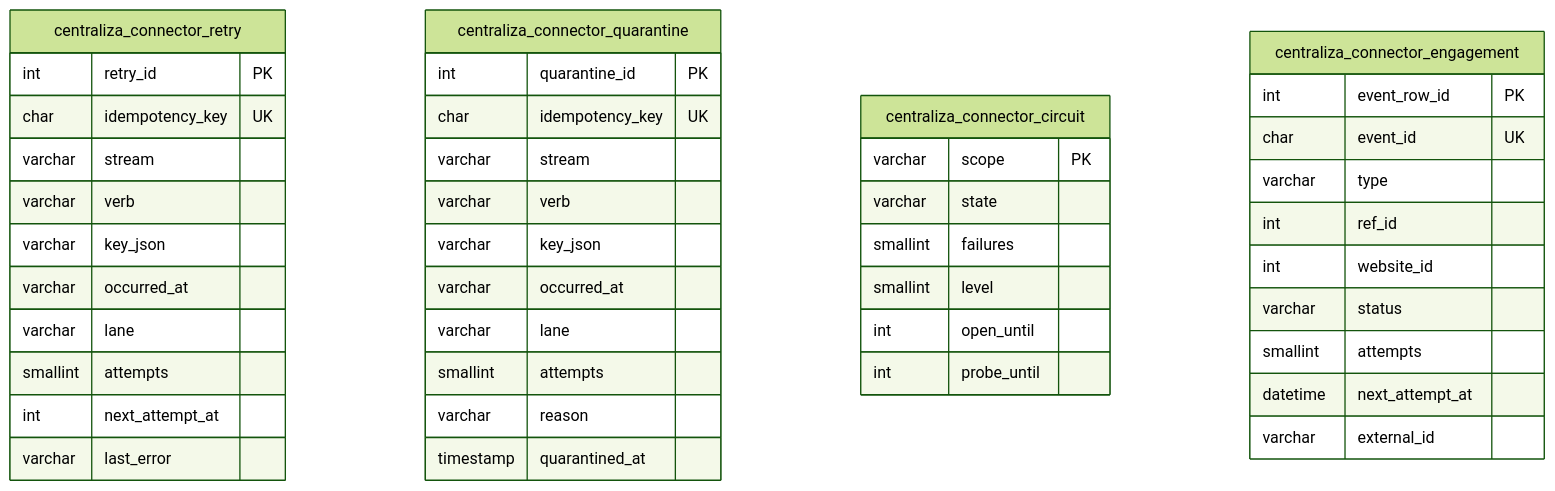
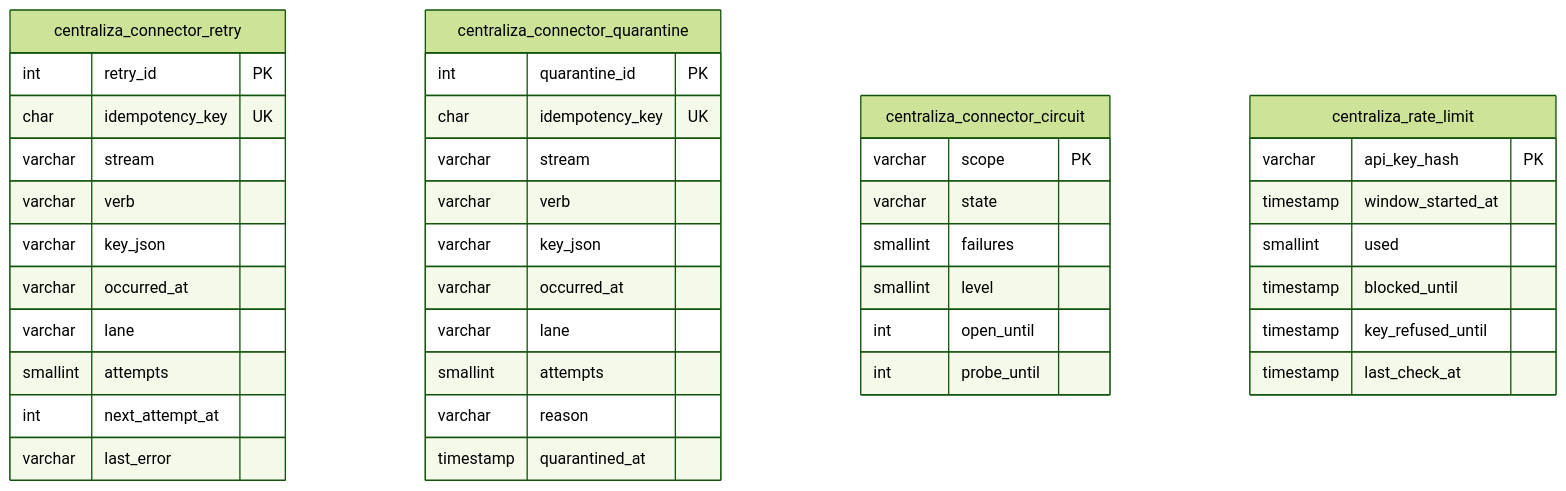
The sixth of 6 diagrams in docs/arquitetura.md (centraliza/module-connector), drawn with Mermaid (forest theme) before and after one commit. The commit also changed other lines of this file and 61 other files, not shown here.

````diff
--- a/docs/arquitetura.md
+++ b/docs/arquitetura.md
@@ -383,46 +392,43 @@
 ```mermaid
 erDiagram
     centraliza_connector_retry {
         int retry_id PK
         char idempotency_key UK
         varchar stream
         varchar verb
         varchar key_json
         varchar occurred_at
         varchar lane
         smallint attempts
         int next_attempt_at
         varchar last_error
     }
     centraliza_connector_quarantine {
         int quarantine_id PK
         char idempotency_key UK
         varchar stream
         varchar verb
         varchar key_json
         varchar occurred_at
         varchar lane
         smallint attempts
         varchar reason
         timestamp quarantined_at
     }
     centraliza_connector_circuit {
         varchar scope PK
         varchar state
         smallint failures
         smallint level
         int open_until
         int probe_until
     }
-    centraliza_connector_engagement {
-        int event_row_id PK
-        char event_id UK
-        varchar type
-        int ref_id
-        int website_id
-        varchar status
-        smallint attempts
-        datetime next_attempt_at
-        varchar external_id
+    centraliza_rate_limit {
+        varchar api_key_hash PK
+        timestamp window_started_at
+        smallint used
+        timestamp blocked_until
+        timestamp key_refused_until
+        timestamp last_check_at
     }
 ```
````
